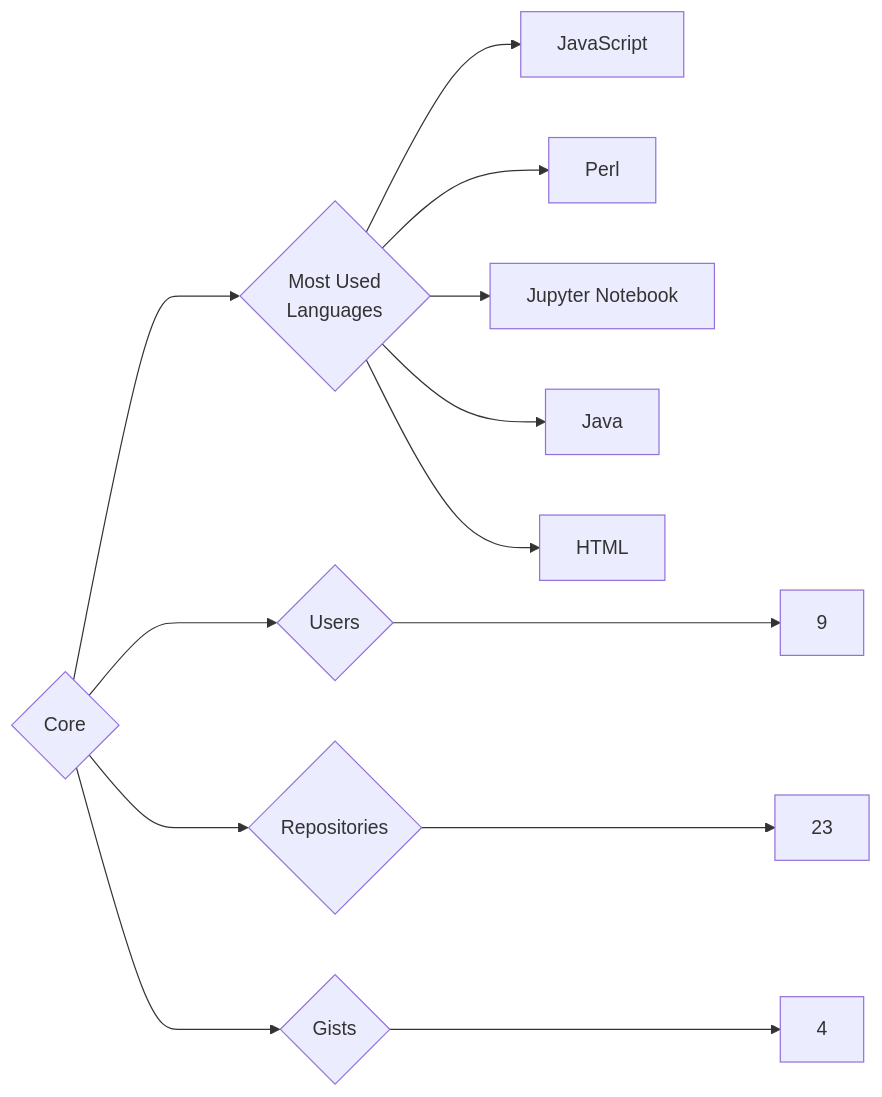
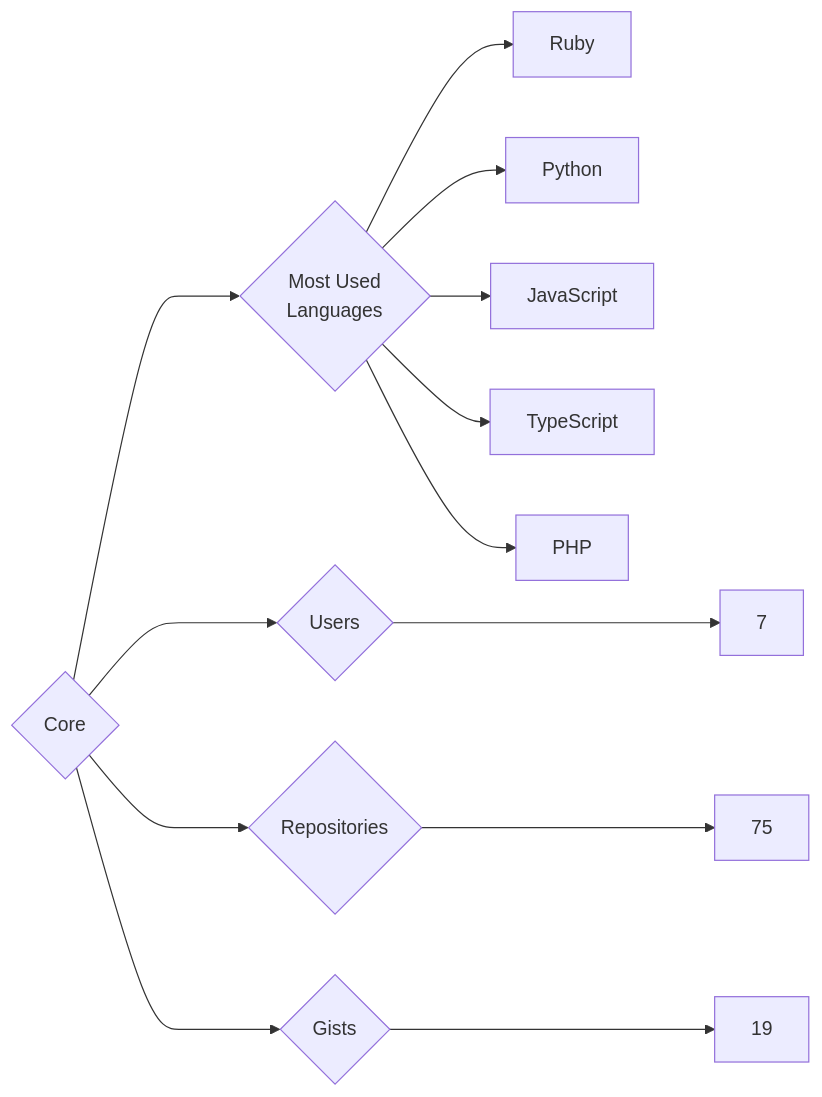
Before and after one commit to trickest/insiders: the diagram in targets/Core/README.md, drawn with Mermaid. The commit also changed 1141 other files, not shown here.

````diff
--- a/targets/Core/README.md
+++ b/targets/Core/README.md
@@ -3,13 +3,13 @@
 ```mermaid
 graph LR
 COMPANY_NAME{Core}
-COMPANY_NAME ---> U{Users} ---> UN[9]
-COMPANY_NAME ---> R{Repositories} ---> RN[23]
-COMPANY_NAME ---> G{Gists} ---> GN[4]
+COMPANY_NAME ---> U{Users} ---> UN[7]
+COMPANY_NAME ---> R{Repositories} ---> RN[75]
+COMPANY_NAME ---> G{Gists} ---> GN[19]
 COMPANY_NAME ---> ML{Most Used<br>Languages}
+ML --> Ruby[Ruby]
+ML --> Python[Python]
 ML --> JavaScript[JavaScript]
-ML --> Perl[Perl]
-ML --> Jupyter_Notebook[Jupyter Notebook]
-ML --> Java[Java]
-ML --> HTML[HTML]
+ML --> TypeScript[TypeScript]
+ML --> PHP[PHP]
 ```
````
